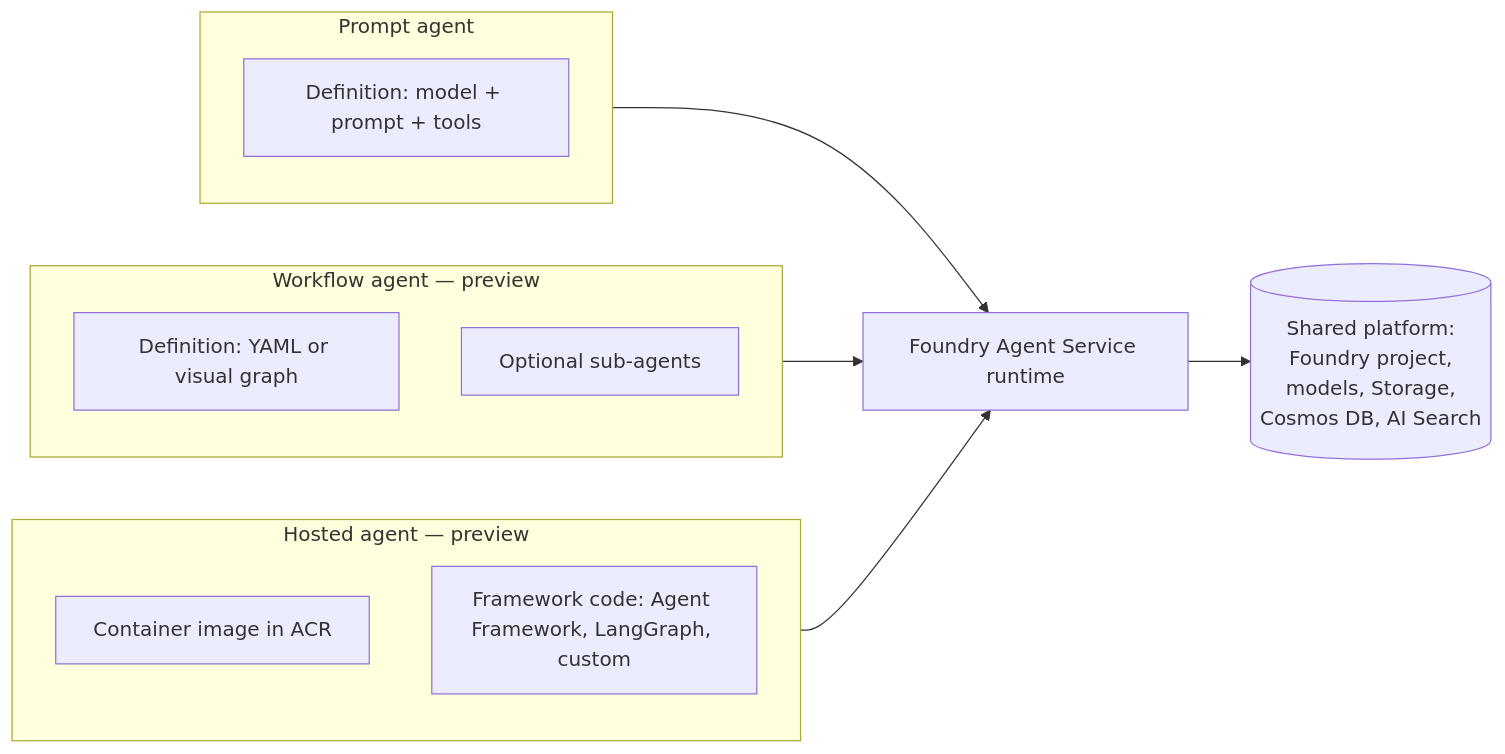
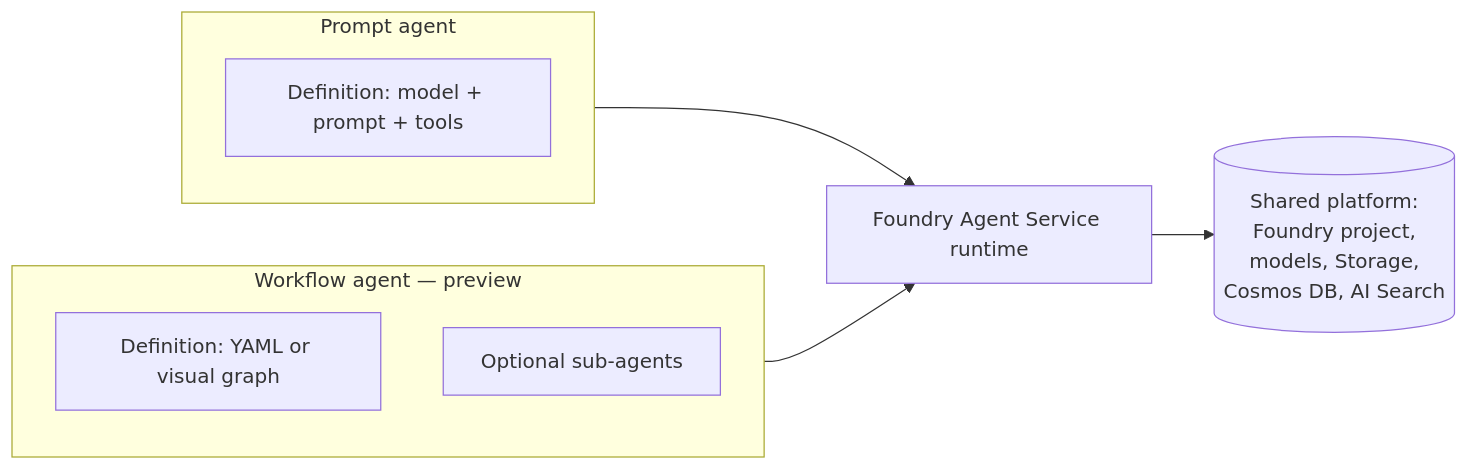
Before and after one commit to JimPiquant/evaluation-articles: the second of 6 diagrams in 07-deploy-foundry-agents/foundry-agents-deployment.md, drawn with Mermaid. The commit also changed other lines of this file and 2 other files, not shown here.

First line of the commit message:
Add developer guide for deploying Foundry hosted agents

````diff
--- a/07-deploy-foundry-agents/foundry-agents-deployment.md
+++ b/07-deploy-foundry-agents/foundry-agents-deployment.md
@@ -173,18 +171,13 @@
 ```mermaid
 flowchart LR
     subgraph PA[Prompt agent]
       PA1[Definition: model + prompt + tools]
     end
     subgraph WA[Workflow agent — preview]
       WA1[Definition: YAML or visual graph]
       WA2[Optional sub-agents]
     end
-    subgraph HA[Hosted agent — preview]
-      HA1[Container image in ACR]
-      HA2[Framework code: Agent Framework, LangGraph, custom]
-    end
     PA --> F[Foundry Agent Service runtime]
     WA --> F
-    HA --> F
     F --> S[(Shared platform:<br/>Foundry project,<br/>models, Storage,<br/>Cosmos DB, AI Search)]
 ```
````
